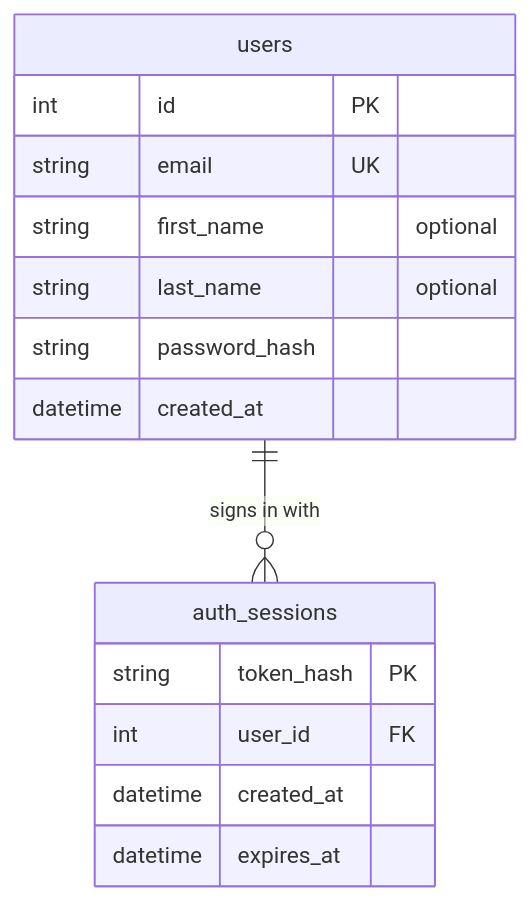
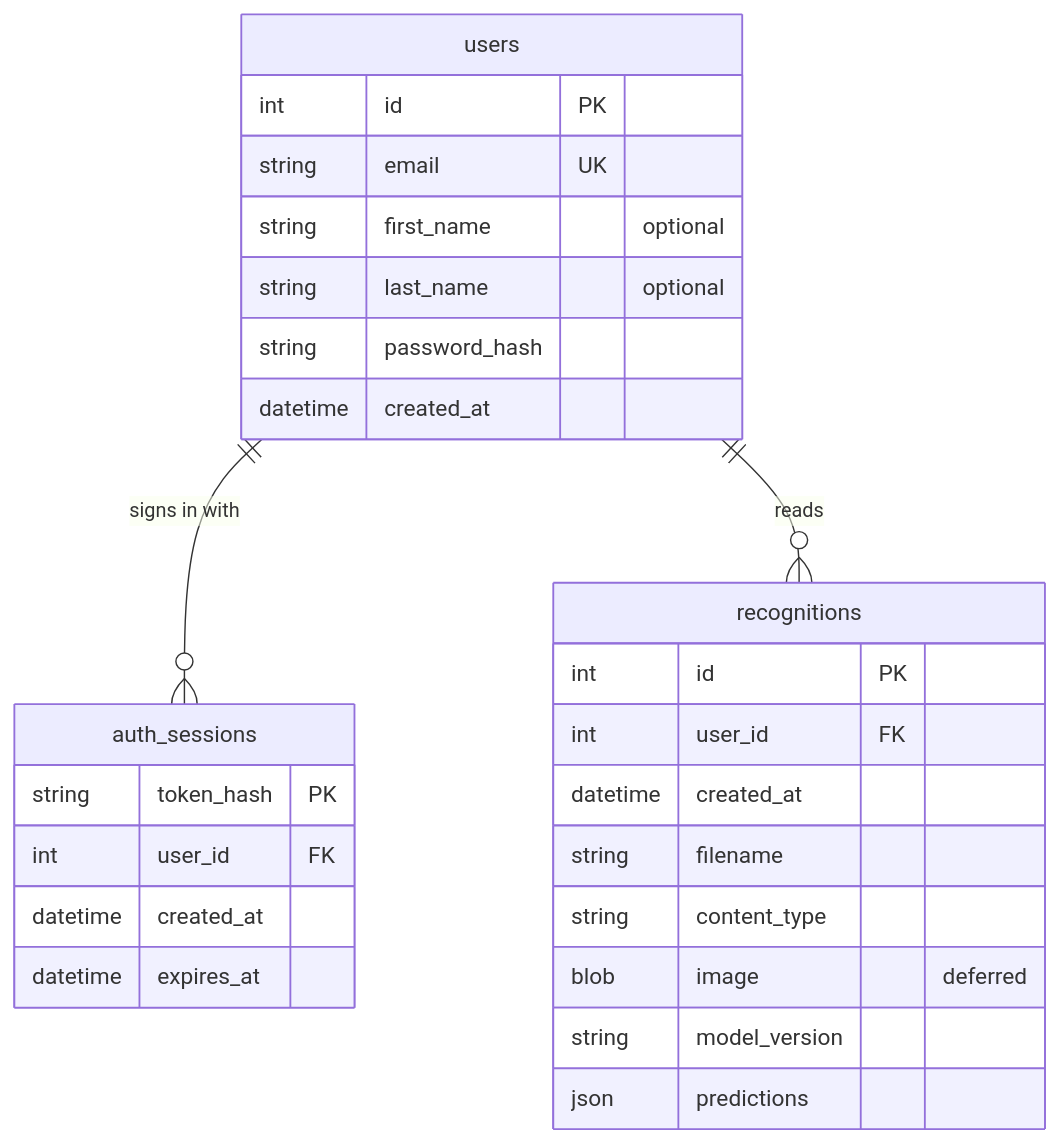
One commit to muhammadov-q/team4 changed the diagram in docs/architecture/database.md. Above: the diagram before and after it, drawn with Mermaid. The commit also changed other lines of this file and 10 other files, not shown here.

````diff
--- a/docs/architecture/database.md
+++ b/docs/architecture/database.md
@@ -9,18 +9,29 @@
 ```mermaid
 erDiagram
     users ||--o{ auth_sessions : "signs in with"
+    users ||--o{ recognitions : "reads"
     users {
         int id PK
         string email UK
         string first_name "optional"
         string last_name "optional"
         string password_hash
         datetime created_at
     }
     auth_sessions {
         string token_hash PK
         int user_id FK
         datetime created_at
         datetime expires_at
     }
+    recognitions {
+        int id PK
+        int user_id FK
+        datetime created_at
+        string filename
+        string content_type
+        blob image "deferred"
+        string model_version
+        json predictions
+    }
 ```
````
